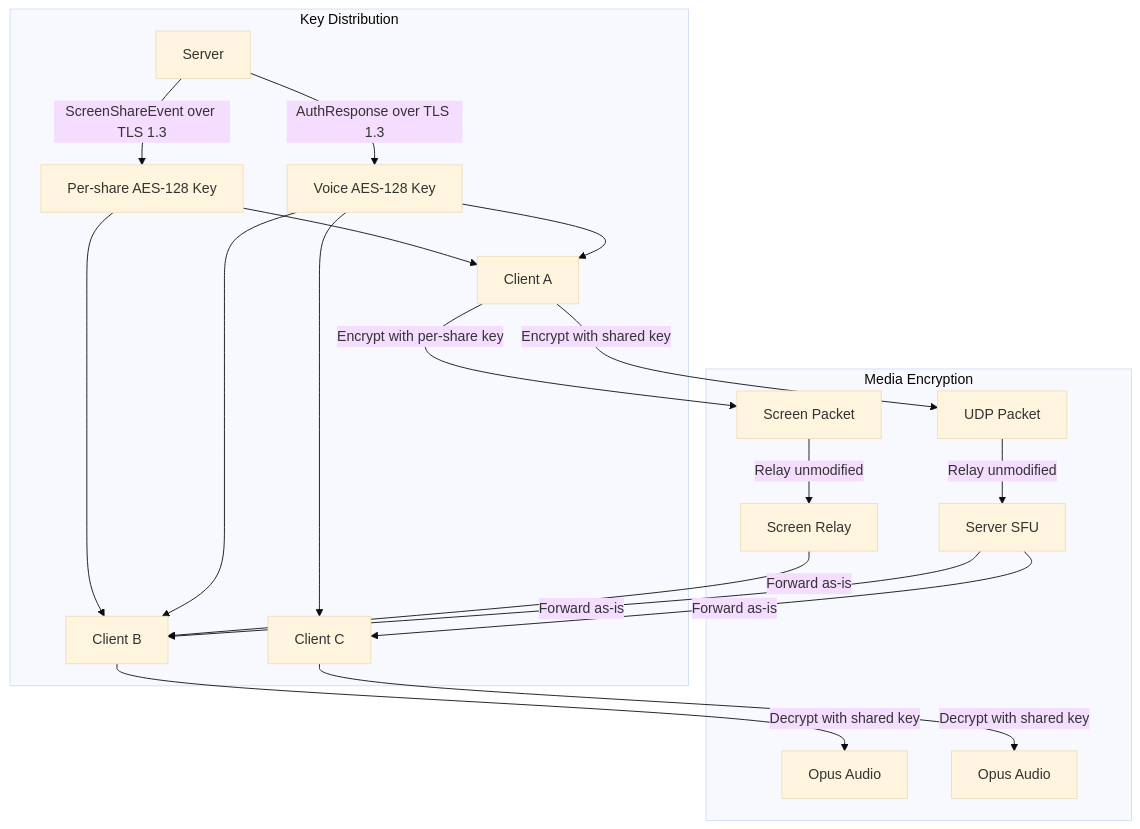
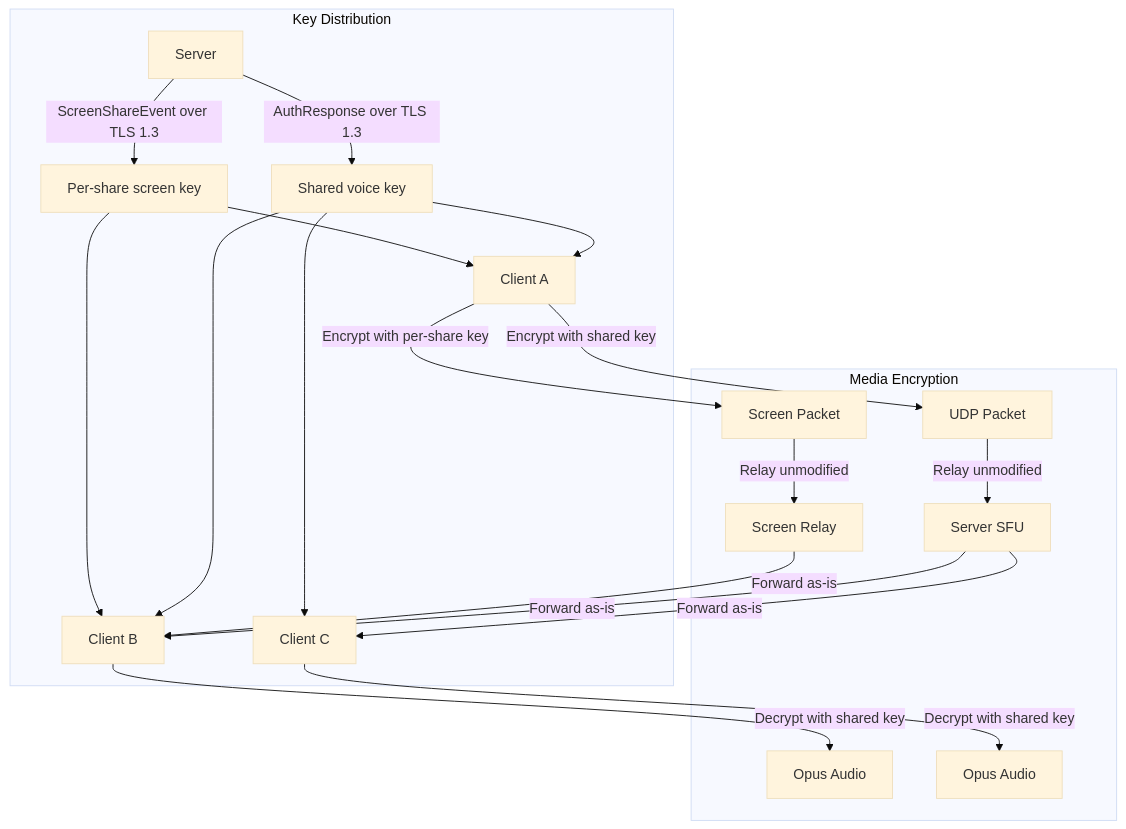
One commit to NicolasHaas/gospeak changed the first of 4 diagrams in docs/security.md. Above: the diagram before and after it, drawn with Mermaid (base theme). The commit also changed other lines of this file and 32 other files, not shown here.

````diff
--- a/docs/security.md
+++ b/docs/security.md
@@ -26,25 +26,25 @@
 ```mermaid
 graph TB
     subgraph "Key Distribution"
-        SRV[Server] -->|AuthResponse over TLS 1.3| VKEY[Voice AES-128 Key]
-        SRV -->|ScreenShareEvent over TLS 1.3| SKEY[Per-share AES-128 Key]
+        SRV[Server] -->|AuthResponse over TLS 1.3| VKEY[Shared voice key]
+        SRV -->|ScreenShareEvent over TLS 1.3| SKEY[Per-share screen key]
         VKEY --> CA[Client A]
         VKEY --> CB[Client B]
         VKEY --> CC[Client C]
         SKEY --> CA
         SKEY --> CB
     end
 
     subgraph "Media Encryption"
         CA -->|Encrypt with shared key| PKT[UDP Packet]
         PKT -->|Relay unmodified| SRV2[Server SFU]
         SRV2 -->|Forward as-is| CB
         SRV2 -->|Forward as-is| CC
         CB -->|Decrypt with shared key| AUDIO1[Opus Audio]
         CC -->|Decrypt with shared key| AUDIO2[Opus Audio]
 
         CA -->|Encrypt with per-share key| SCR[Screen Packet]
         SCR -->|Relay unmodified| SRV3[Screen Relay]
         SRV3 -->|Forward as-is| CB
     end
 ```
````
